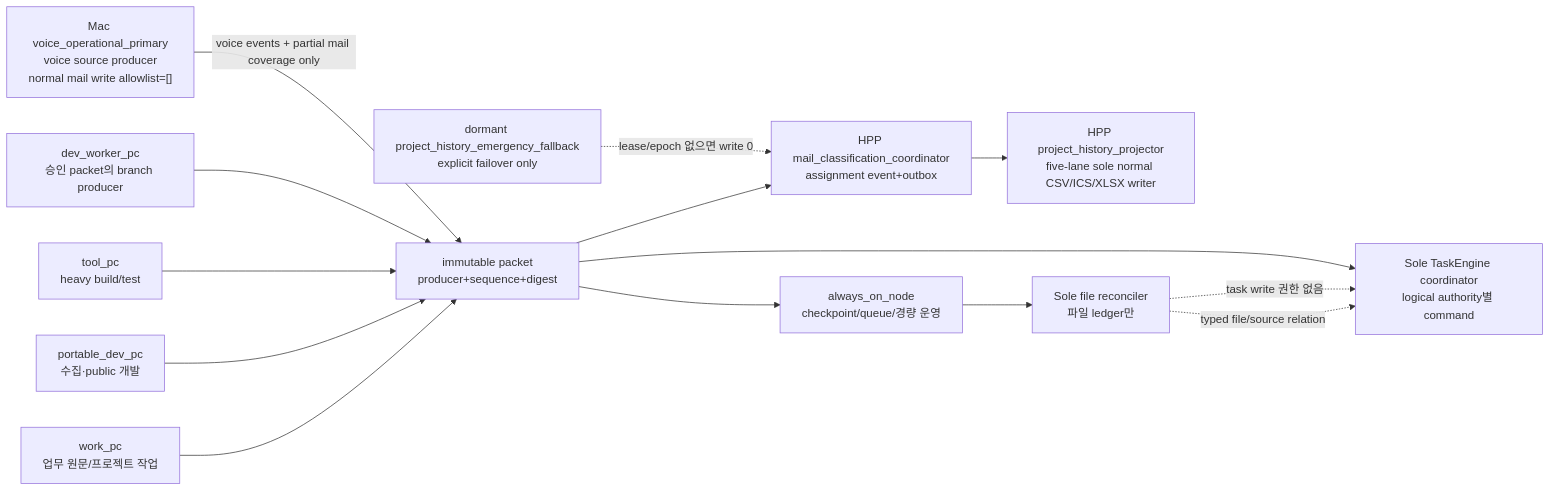
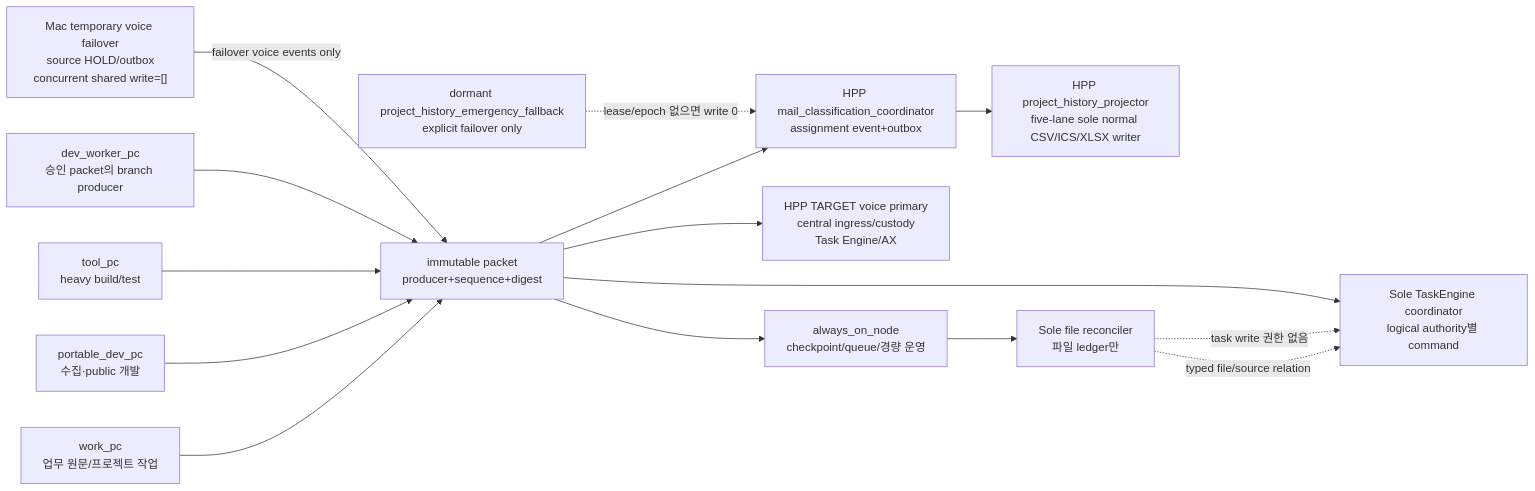
The ninth of 12 diagrams in ui-workspace/apps/dev-erp/docs/TASK_ENGINE_AX_WORKSPACE_BUILD_MASTER_PLAN_V0.md (SungYongMOON/soulforge), drawn with Mermaid before and after one commit. The commit also changed other lines of this file and 24 other files, not shown here.

````diff
--- a/ui-workspace/apps/dev-erp/docs/TASK_ENGINE_AX_WORKSPACE_BUILD_MASTER_PLAN_V0.md
+++ b/ui-workspace/apps/dev-erp/docs/TASK_ENGINE_AX_WORKSPACE_BUILD_MASTER_PLAN_V0.md
@@ -1454,27 +1459,29 @@
 ```mermaid
 flowchart LR
   W["work_pc<br/>업무 원문/프로젝트 작업"]
   P["portable_dev_pc<br/>수집·public 개발"]
   T["tool_pc<br/>heavy build/test"]
   D["dev_worker_pc<br/>승인 packet의 branch producer"]
   N["always_on_node<br/>checkpoint/queue/경량 운영"]
-  M["Mac voice_operational_primary<br/>voice source producer<br/>normal mail write allowlist=[]"]
+  M["Mac temporary voice failover<br/>source HOLD/outbox<br/>concurrent shared write=[]"]
+  H["HPP TARGET voice primary<br/>central ingress/custody<br/>Task Engine/AX"]
   R["Sole file reconciler<br/>파일 ledger만"]
   E["Sole TaskEngine coordinator<br/>logical authority별 command"]
   MC["HPP mail_classification_coordinator<br/>assignment event+outbox"]
   MP["HPP project_history_projector<br/>five-lane sole normal CSV/ICS/XLSX writer"]
   MF["dormant project_history_emergency_fallback<br/>explicit failover only"]
   Q["immutable packet<br/>producer+sequence+digest"]
 
   W --> Q
   P --> Q
   T --> Q
   D --> Q
   Q --> N --> R
   Q --> E
-  M -->|"voice events + partial mail coverage only"| Q
+  M -->|"failover voice events only"| Q
+  Q --> H
   Q --> MC --> MP
   MF -. "lease/epoch 없으면 write 0" .-> MC
   R -. "typed file/source relation" .-> E
   R -. "task write 권한 없음" .-> E
 ```
````
